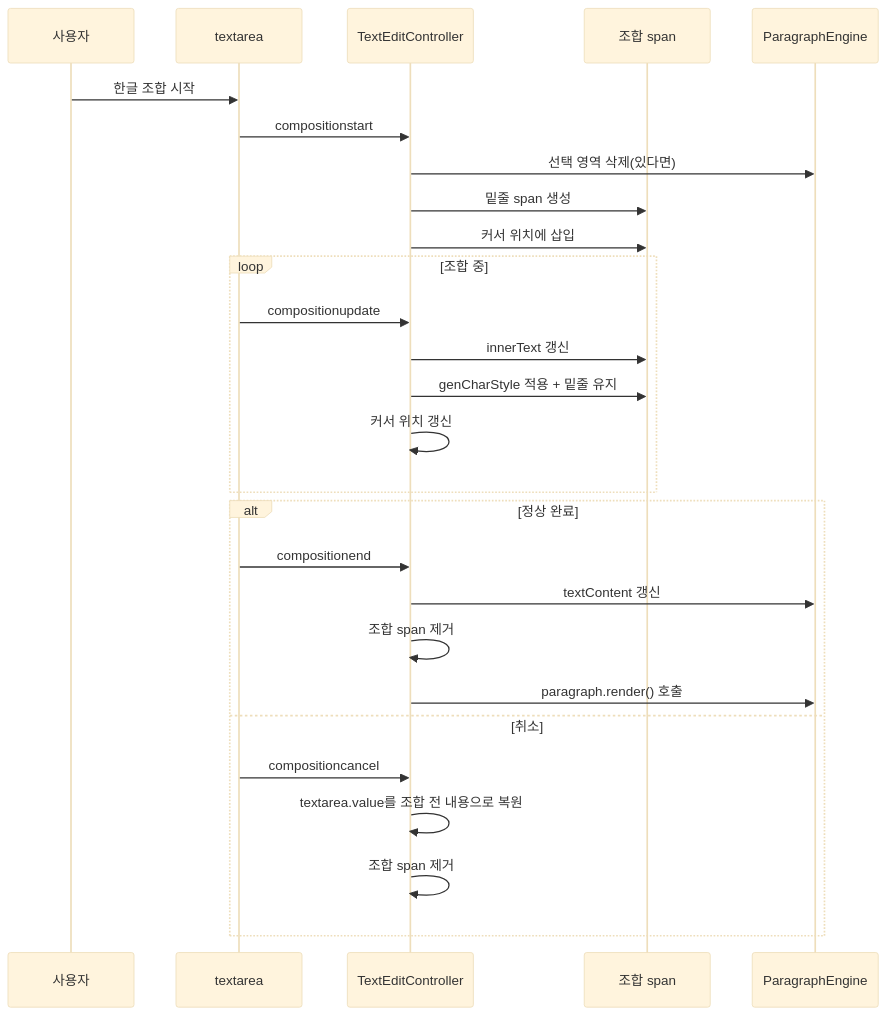
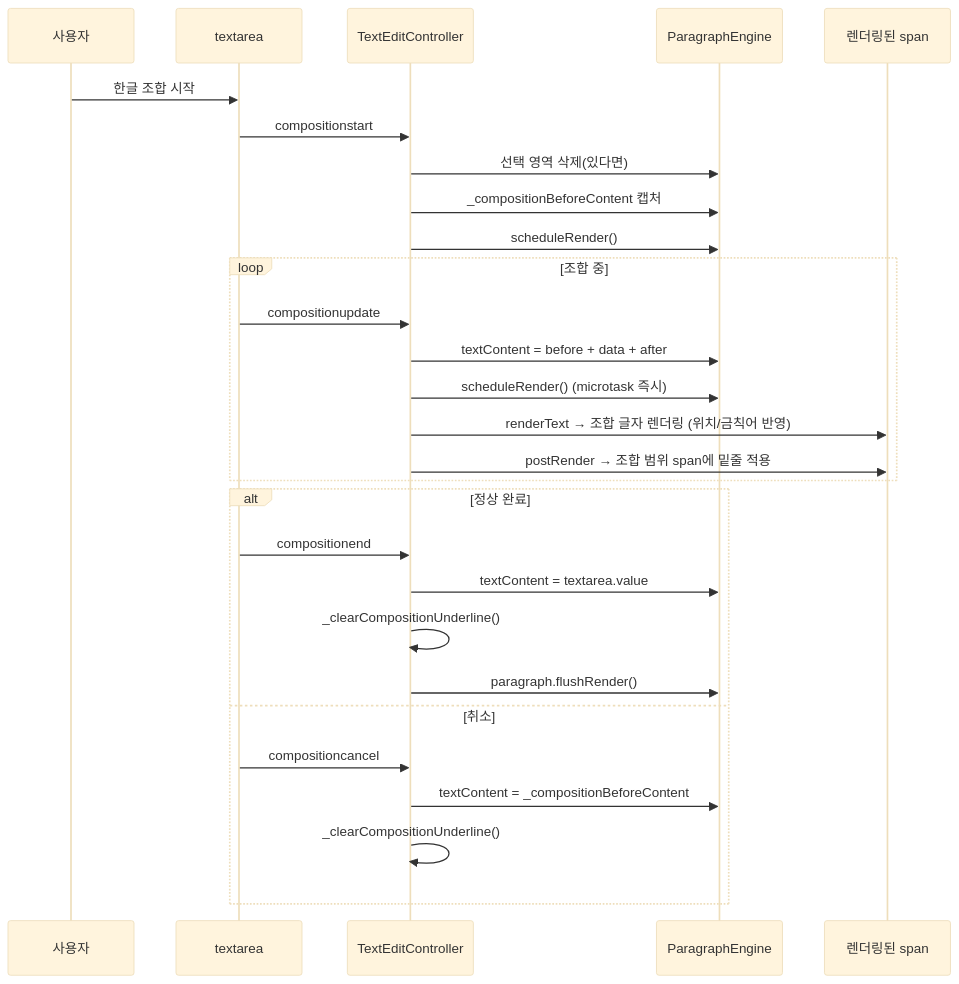
The seventh of 14 diagrams in docs/EDITING_TEXT.md (kyiimn/layout-element), drawn with Mermaid (base theme) before and after one commit. The commit also changed other lines of this file, not shown here.

First line of the commit message:
docs: IME 조합 처리 방식 변경을 EDITING_TEXT.md에 반영

````diff
--- a/docs/EDITING_TEXT.md
+++ b/docs/EDITING_TEXT.md
@@ -1245,32 +1247,33 @@
 ```mermaid
 sequenceDiagram
     participant User as 사용자
     participant TA as textarea
     participant EC as TextEditController
-    participant Span as 조합 span
     participant Model as ParagraphEngine
+    participant DOM as 렌더링된 span
 
     User->>TA: 한글 조합 시작
     TA->>EC: compositionstart
     EC->>Model: 선택 영역 삭제(있다면)
-    EC->>Span: 밑줄 span 생성
-    EC->>Span: 커서 위치에 삽입
+    EC->>Model: _compositionBeforeContent 캡처
+    EC->>Model: scheduleRender()
 
     loop 조합 중
         TA->>EC: compositionupdate
-        EC->>Span: innerText 갱신
-        EC->>Span: genCharStyle 적용 + 밑줄 유지
-        EC->>EC: 커서 위치 갱신
+        EC->>Model: textContent = before + data + after
+        EC->>Model: scheduleRender() (microtask 즉시)
+        EC->>DOM: renderText → 조합 글자 렌더링 (위치/금칙어 반영)
+        EC->>DOM: postRender → 조합 범위 span에 밑줄 적용
     end
 
     alt 정상 완료
         TA->>EC: compositionend
-        EC->>Model: textContent 갱신
-        EC->>EC: 조합 span 제거
-        EC->>Model: paragraph.render() 호출
+        EC->>Model: textContent = textarea.value
+        EC->>EC: _clearCompositionUnderline()
+        EC->>Model: paragraph.flushRender()
     else 취소
         TA->>EC: compositioncancel
-        EC->>EC: textarea.value를 조합 전 내용으로 복원
-        EC->>EC: 조합 span 제거
+        EC->>Model: textContent = _compositionBeforeContent
+        EC->>EC: _clearCompositionUnderline()
     end
 ```
````
